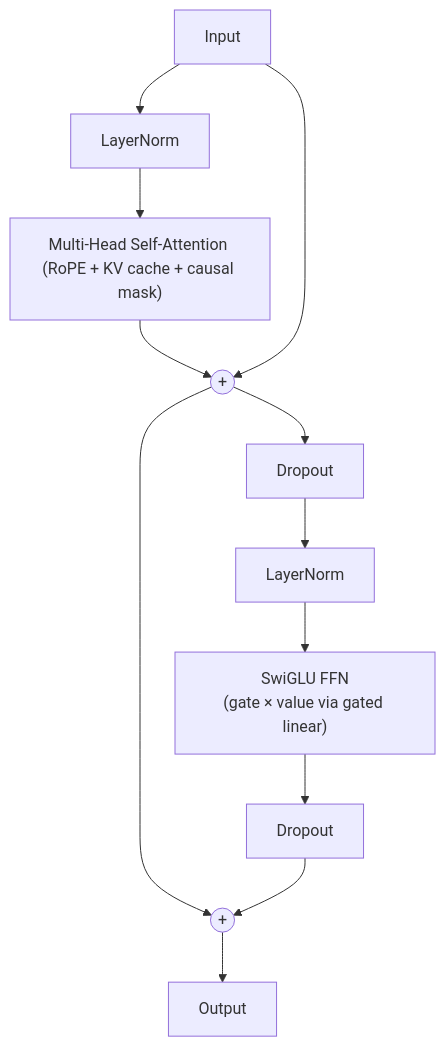
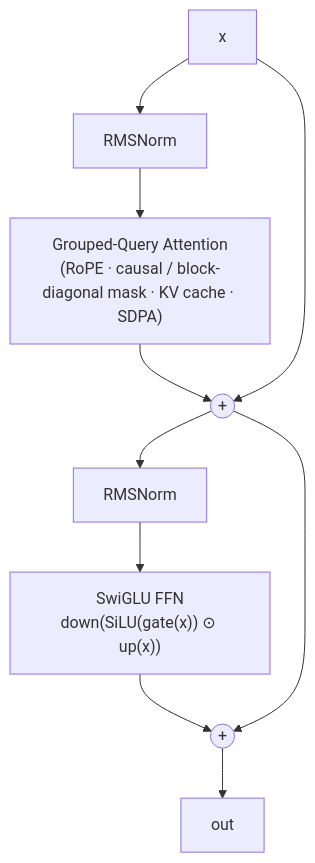
One commit to HmedNejjar/Nova changed the second of 3 diagrams in README.md. Above: the diagram before and after it, drawn with Mermaid. The commit also changed other lines of this file and 1 other file, not shown here.

````diff
--- a/README.md
+++ b/README.md
@@ -42,14 +55,12 @@
 ```mermaid
 flowchart TD
-    X["Input"] --> N1["LayerNorm"]
-    N1 --> ATT["Multi-Head Self-Attention (RoPE + KV cache + causal mask)"]
-    ATT --> ADD1(("+"))
-    X --> ADD1
-    ADD1 --> DR1["Dropout"]
-    DR1 --> N2["LayerNorm"]
-    N2 --> FFN["SwiGLU FFN<br/>(gate × value via gated linear)"]
-    FFN --> DR2["Dropout"]
-    ADD1 --> ADD2(("+"))
-    DR2 --> ADD2
-    ADD2 --> OUT["Output"]
+    X["x"] --> N1["RMSNorm"]
+    N1 --> ATT["Grouped-Query Attention<br/>(RoPE · causal / block-diagonal mask · KV cache · SDPA)"]
+    ATT --> A1(("+"))
+    X --> A1
+    A1 --> N2["RMSNorm"]
+    N2 --> FFN["SwiGLU FFN<br/>down(SiLU(gate(x)) ⊙ up(x))"]
+    FFN --> A2(("+"))
+    A1 --> A2
+    A2 --> OUT["out"]
 ```
````
